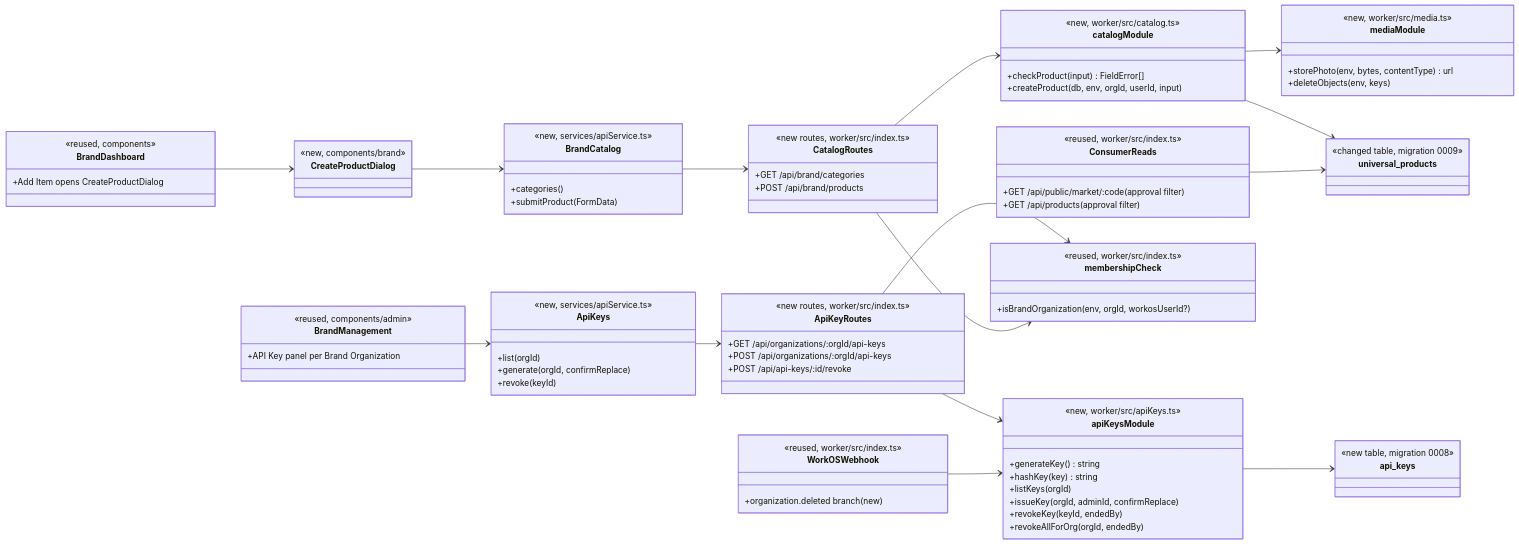
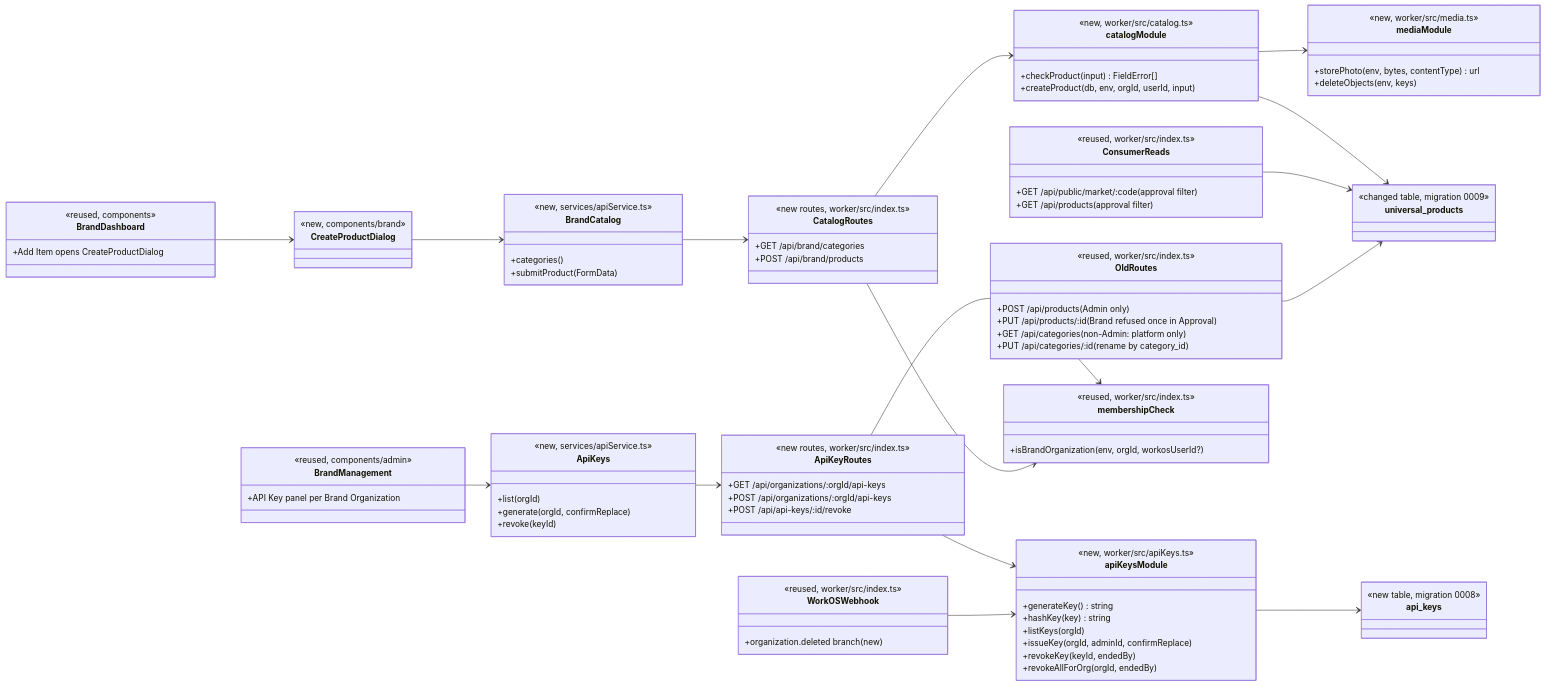
One commit to gkuchar/cosc-40943-team-11-market-match changed the first of 4 diagrams in docs/design/brnd.md. Above: the diagram before and after it, drawn with Mermaid. The commit also changed other lines of this file and 1 other file, not shown here.

````diff
--- a/docs/design/brnd.md
+++ b/docs/design/brnd.md
@@ -101,6 +101,13 @@
         +GET /api/public/market/:code (approval filter)
         +GET /api/products (approval filter)
     }
+    class OldRoutes {
+        <<reused, worker/src/index.ts>>
+        +POST /api/products (Admin only)
+        +PUT /api/products/:id (Brand refused once in Approval)
+        +GET /api/categories (non-Admin: platform only)
+        +PUT /api/categories/:id (rename by category_id)
+    }
     class membershipCheck {
         <<reused, worker/src/index.ts>>
         +isBrandOrganization(env, orgId, workosUserId?)
@@ -132,4 +139,5 @@
     catalogModule --> mediaModule
     catalogModule --> universal_products
     ConsumerReads --> universal_products
+    OldRoutes --> universal_products
 ```
````
